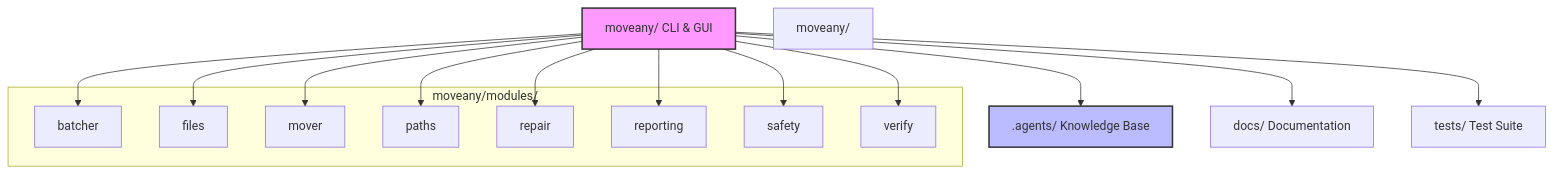
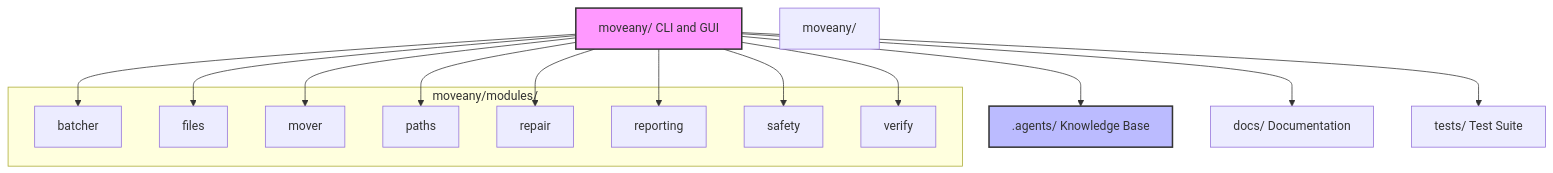
Before and after one commit to HELIX-Origin/MoveAny: the first of 4 diagrams in README.md, drawn with Mermaid. The commit also changed other lines of this file, not shown here.

Commit message:
Fix mermaid rendering: replace & with and in diagrams

````diff
--- a/README.md
+++ b/README.md
@@ -8,35 +8,35 @@
 ```mermaid
 graph TD
-    moveany["moveany/ CLI & GUI"]
+    moveany["moveany/ CLI and GUI"]
     agents[.agents/ Knowledge Base]
     docs[docs/ Documentation]
     tests[tests/ Test Suite]
     src["moveany/"]
     
     moveany --> agents
     moveany --> docs
     moveany --> tests
     
     subgraph "moveany/modules/"
         M1[batcher]
         M2[files]
         M3[mover]
         M4[paths]
         M5[repair]
         M6[reporting]
         M7[safety]
         M8[verify]
     end
     
     moveany --> M1
     moveany --> M2
     moveany --> M3
     moveany --> M4
     moveany --> M5
     moveany --> M6
     moveany --> M7
     moveany --> M8
     
     style moveany fill:#f9f,stroke:#333,stroke-width:2px
     style agents fill:#bbf,stroke:#333,stroke-width:2px
 ```
````
